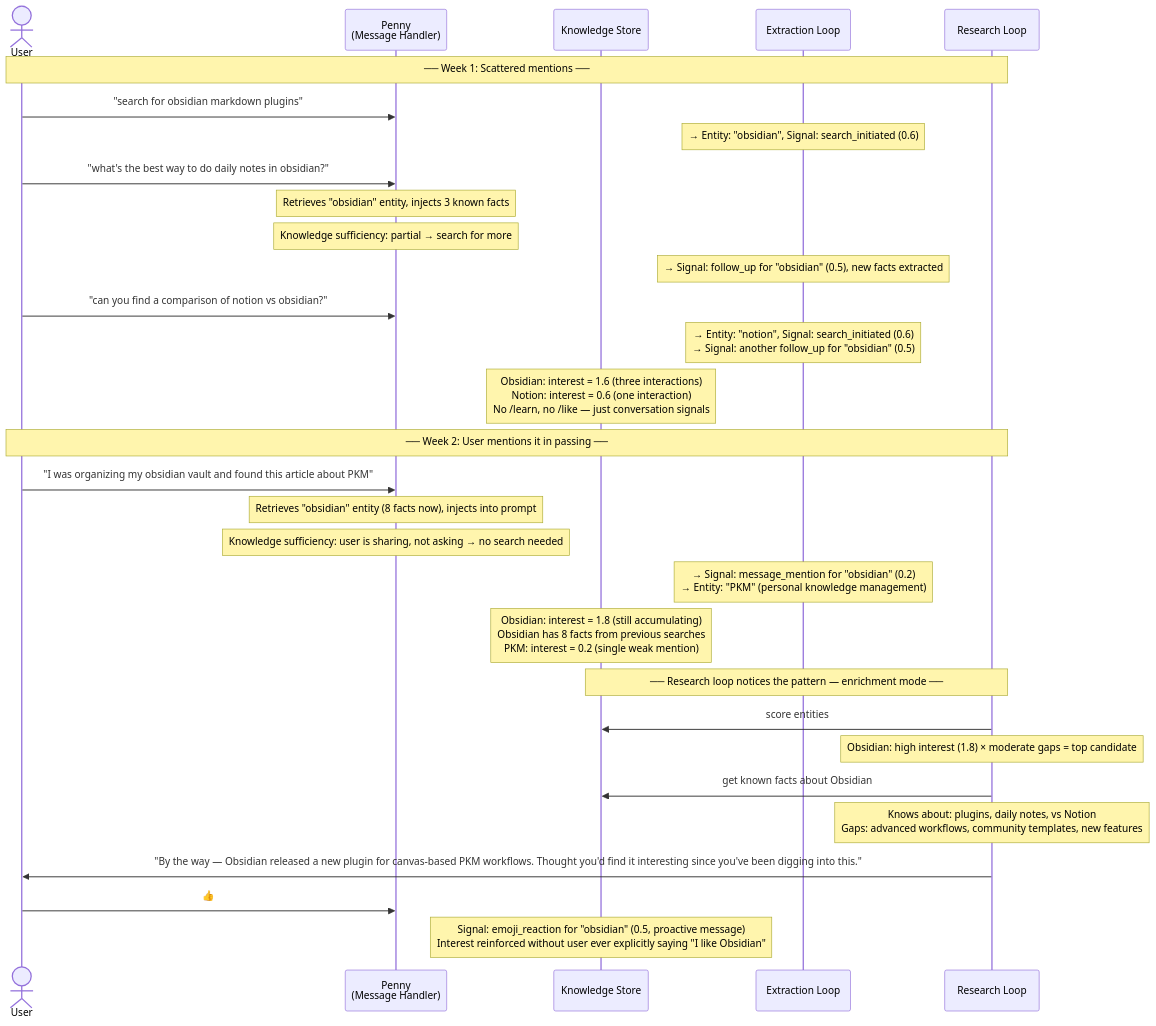
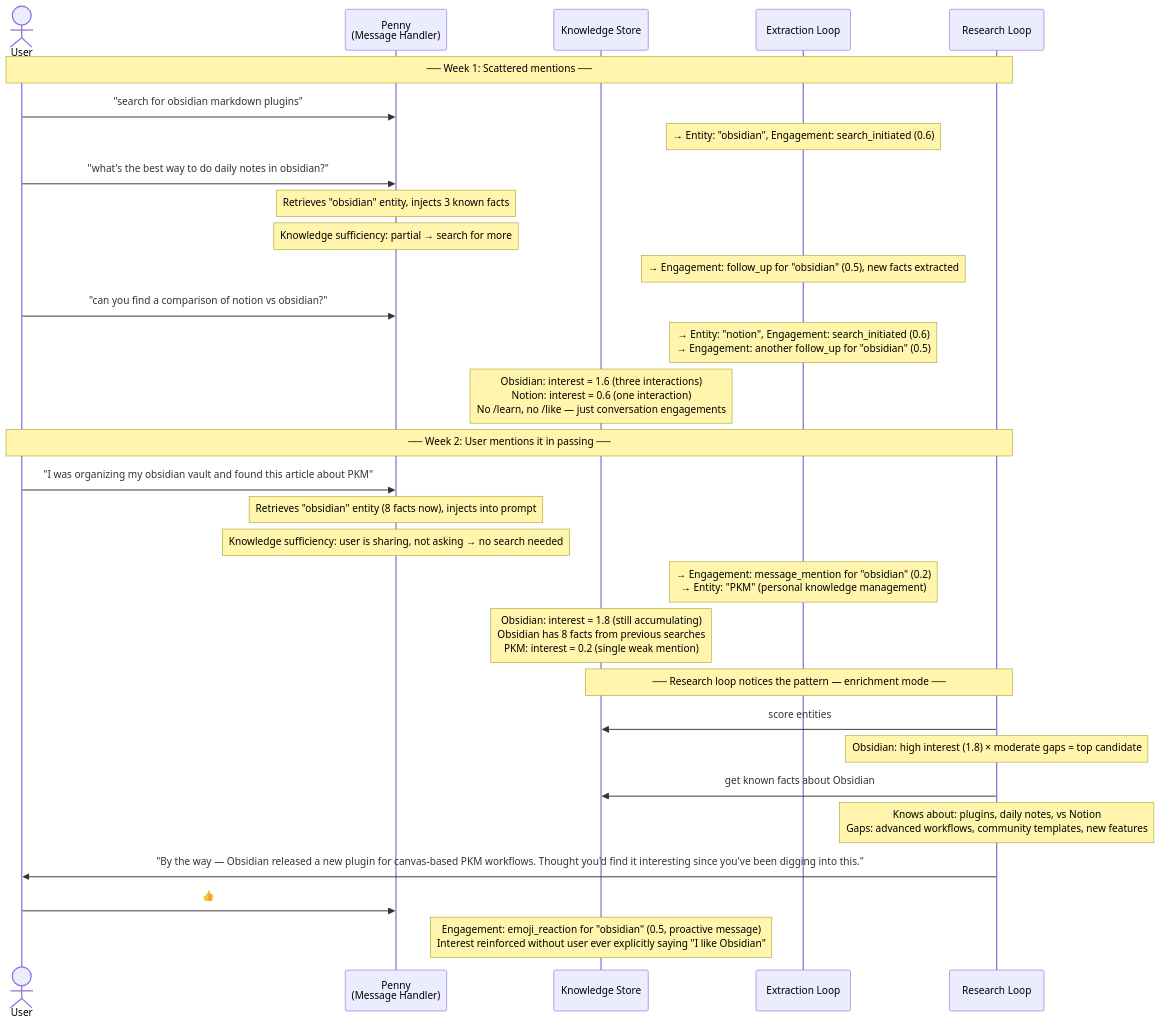
One commit to jaredlockhart/penny changed the fourth of 6 diagrams in docs/knowledge-system-flows.md. Above: the diagram before and after it, drawn with Mermaid. The commit also changed other lines of this file and 32 other files, not shown here.

````diff
--- a/docs/knowledge-system-flows.md
+++ b/docs/knowledge-system-flows.md
@@ -234,41 +234,41 @@
 ```mermaid
 sequenceDiagram
     actor User
     participant Penny as Penny<br/>(Message Handler)
     participant DB as Knowledge Store
     participant Extract as Extraction Loop
     participant Research as Research Loop
 
     Note over User,Research: ── Week 1: Scattered mentions ──
 
     User->>Penny: "search for obsidian markdown plugins"
-    Note over Extract: → Entity: "obsidian", Signal: search_initiated (0.6)
+    Note over Extract: → Entity: "obsidian", Engagement: search_initiated (0.6)
     User->>Penny: "what's the best way to do daily notes in obsidian?"
     Note over Penny: Retrieves "obsidian" entity, injects 3 known facts
     Note over Penny: Knowledge sufficiency: partial → search for more
-    Note over Extract: → Signal: follow_up for "obsidian" (0.5), new facts extracted
+    Note over Extract: → Engagement: follow_up for "obsidian" (0.5), new facts extracted
     User->>Penny: "can you find a comparison of notion vs obsidian?"
-    Note over Extract: → Entity: "notion", Signal: search_initiated (0.6)<br/>→ Signal: another follow_up for "obsidian" (0.5)
+    Note over Extract: → Entity: "notion", Engagement: search_initiated (0.6)<br/>→ Engagement: another follow_up for "obsidian" (0.5)
 
-    Note over DB: Obsidian: interest = 1.6 (three interactions)<br/>Notion: interest = 0.6 (one interaction)<br/>No /learn, no /like — just conversation signals
+    Note over DB: Obsidian: interest = 1.6 (three interactions)<br/>Notion: interest = 0.6 (one interaction)<br/>No /learn, no /like — just conversation engagements
 
     Note over User,Research: ── Week 2: User mentions it in passing ──
 
     User->>Penny: "I was organizing my obsidian vault and found this article about PKM"
     Note over Penny: Retrieves "obsidian" entity (8 facts now), injects into prompt
     Note over Penny: Knowledge sufficiency: user is sharing, not asking → no search needed
-    Note over Extract: → Signal: message_mention for "obsidian" (0.2)<br/>→ Entity: "PKM" (personal knowledge management)
+    Note over Extract: → Engagement: message_mention for "obsidian" (0.2)<br/>→ Entity: "PKM" (personal knowledge management)
 
     Note over DB: Obsidian: interest = 1.8 (still accumulating)<br/>Obsidian has 8 facts from previous searches<br/>PKM: interest = 0.2 (single weak mention)
 
     Note over Research,DB: ── Research loop notices the pattern — enrichment mode ──
 
     Research->>DB: score entities
     Note over Research: Obsidian: high interest (1.8) × moderate gaps = top candidate
     Research->>DB: get known facts about Obsidian
     Note over Research: Knows about: plugins, daily notes, vs Notion<br/>Gaps: advanced workflows, community templates, new features
     Research->>User: "By the way — Obsidian released a new plugin for canvas-based PKM workflows. Thought you'd find it interesting since you've been digging into this."
 
     User->>Penny: 👍
-    Note over DB: Signal: emoji_reaction for "obsidian" (0.5, proactive message)<br/>Interest reinforced without user ever explicitly saying "I like Obsidian"
+    Note over DB: Engagement: emoji_reaction for "obsidian" (0.5, proactive message)<br/>Interest reinforced without user ever explicitly saying "I like Obsidian"
 ```
````
